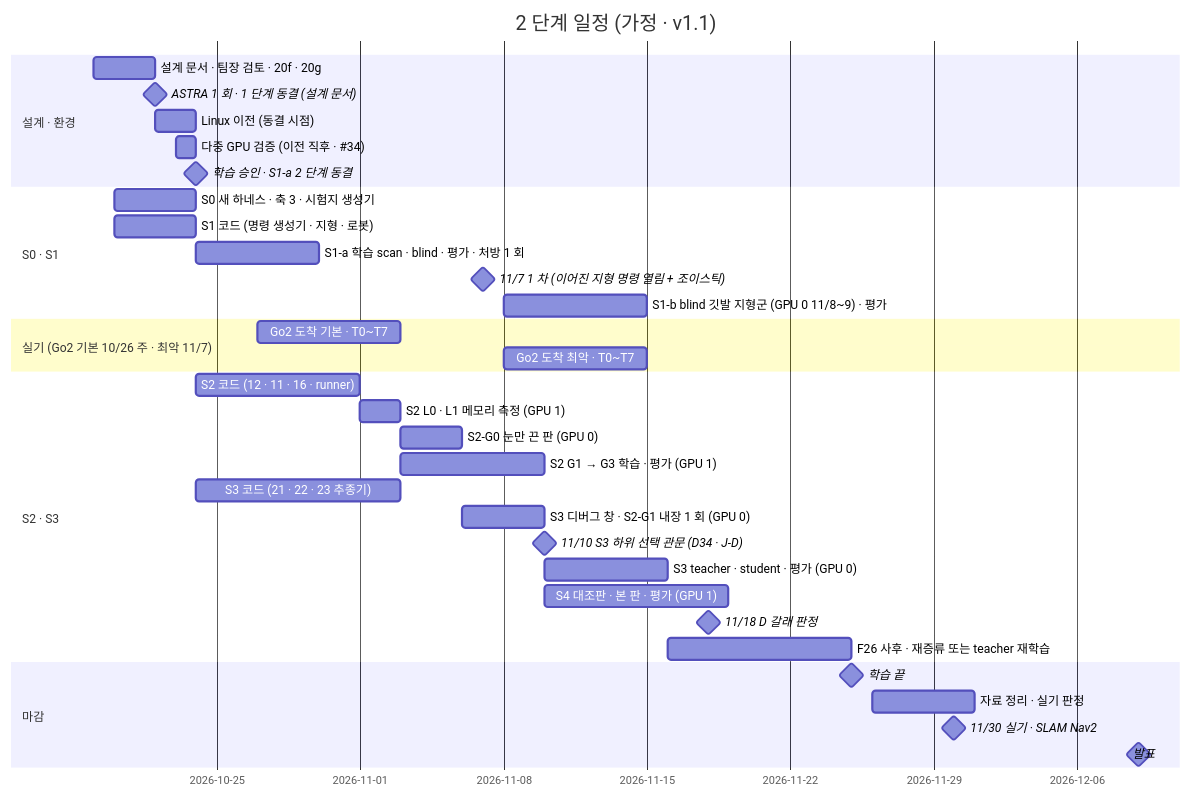
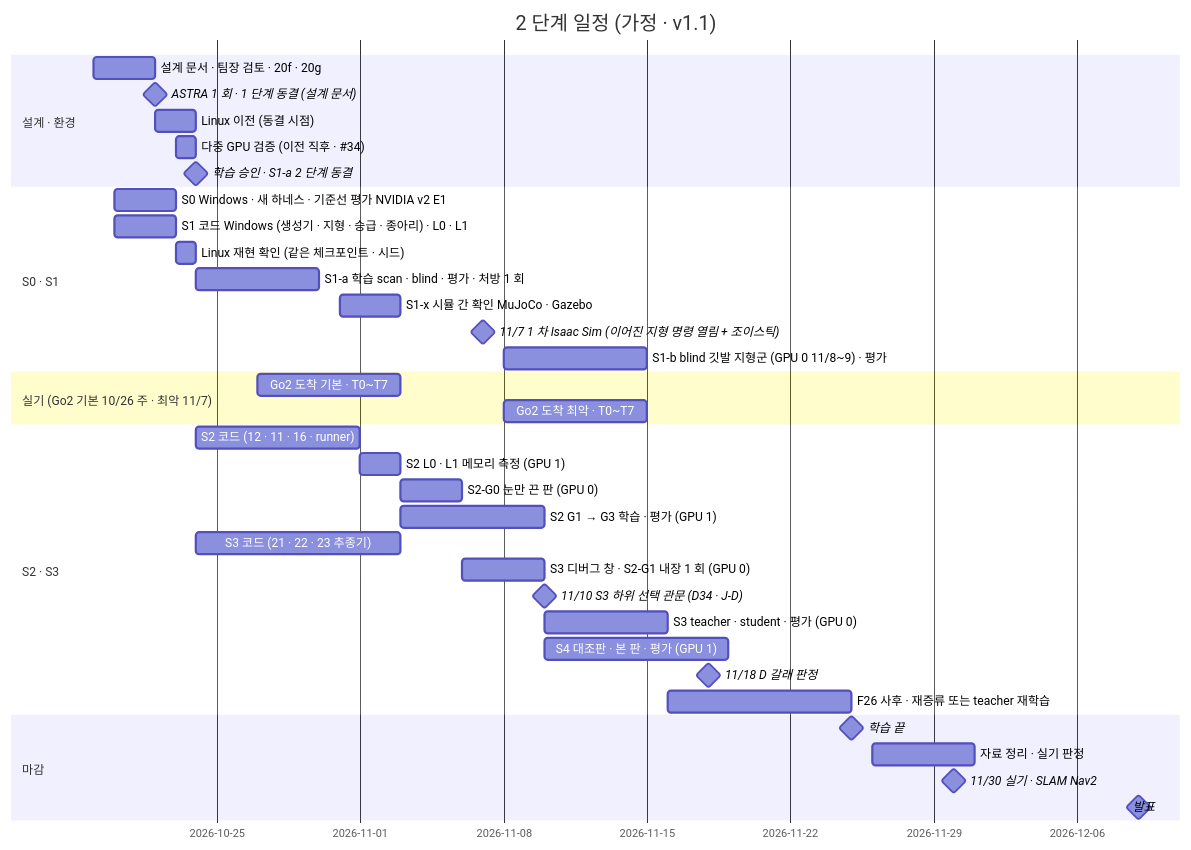
The diagram in inbox/jay/20261019-design/70-RESOURCES-SCHEDULE.md (foothold-project/foothold-lab), drawn with Mermaid before and after one commit. The commit also changed other lines of this file and 12 other files, not shown here.

````diff
--- a/inbox/jay/20261019-design/70-RESOURCES-SCHEDULE.md
+++ b/inbox/jay/20261019-design/70-RESOURCES-SCHEDULE.md
@@ -15,37 +15,39 @@
 ```mermaid
 gantt
   dateFormat  YYYY-MM-DD
   title 2 단계 일정 (가정 · v1.1)
   section 설계 · 환경
   설계 문서 · 팀장 검토 · 20f · 20g      :d1, 2026-10-19, 3d
   ASTRA 1 회 · 1 단계 동결 (설계 문서)   :milestone, 2026-10-22, 0d
   Linux 이전 (동결 시점)                  :p2, 2026-10-22, 2d
   다중 GPU 검증 (이전 직후 · #34)         :p3, 2026-10-23, 1d
   학습 승인 · S1-a 2 단계 동결            :milestone, 2026-10-24, 0d
   section S0 · S1
-  S0 새 하네스 · 축 3 · 시험지 생성기    :s0, 2026-10-20, 4d
-  S1 코드 (명령 생성기 · 지형 · 로봇)     :p1, 2026-10-20, 4d
+  S0 Windows · 새 하네스 · 기준선 평가 NVIDIA v2 E1 :s0, 2026-10-20, 3d
+  S1 코드 Windows (생성기 · 지형 · 승급 · 종아리) · L0 · L1 :p1, 2026-10-20, 3d
+  Linux 재현 확인 (같은 체크포인트 · 시드)  :s0x, 2026-10-23, 1d
   S1-a 학습 scan · blind · 평가 · 처방 1 회 :t1, 2026-10-24, 6d
-  11/7 1 차 (이어진 지형 명령 열림 + 조이스틱) :milestone, 2026-11-07, 0d
+  S1-x 시뮬 간 확인 MuJoCo · Gazebo       :t1x, 2026-10-31, 3d
+  11/7 1 차 Isaac Sim (이어진 지형 명령 열림 + 조이스틱) :milestone, 2026-11-07, 0d
   S1-b blind 깃발 지형군 (GPU 0 11/8~9) · 평가 :t1b, 2026-11-08, 7d
   section 실기 (Go2 기본 10/26 주 · 최악 11/7)
   Go2 도착 기본 · T0~T7                   :r1, 2026-10-27, 7d
   Go2 도착 최악 · T0~T7                   :r2, 2026-11-08, 7d
   section S2 · S3
   S2 코드 (12 · 11 · 16 · runner)         :p4, 2026-10-24, 8d
   S2 L0 · L1 메모리 측정 (GPU 1)          :p5, 2026-11-01, 2d
   S2-G0 눈만 끈 판 (GPU 0)                :t0, 2026-11-03, 3d
   S2 G1 → G3 학습 · 평가 (GPU 1)          :t2, 2026-11-03, 7d
   S3 코드 (21 · 22 · 23 추종기)           :p6, 2026-10-24, 10d
   S3 디버그 창 · S2-G1 내장 1 회 (GPU 0)  :p7, 2026-11-06, 4d
   11/10 S3 하위 선택 관문 (D34 · J-D)     :milestone, 2026-11-10, 0d
   S3 teacher · student · 평가 (GPU 0)     :t3, 2026-11-10, 6d
   S4 대조판 · 본 판 · 평가 (GPU 1)        :t4, 2026-11-10, 9d
   11/18 D 갈래 판정                       :milestone, 2026-11-18, 0d
   F26 사후 · 재증류 또는 teacher 재학습   :t5, 2026-11-16, 9d
   section 마감
   학습 끝                                 :milestone, 2026-11-25, 0d
   자료 정리 · 실기 판정                   :2026-11-26, 5d
   11/30 실기 · SLAM Nav2                  :milestone, 2026-11-30, 0d
   발표                                    :milestone, 2026-12-09, 0d
 ```
````
